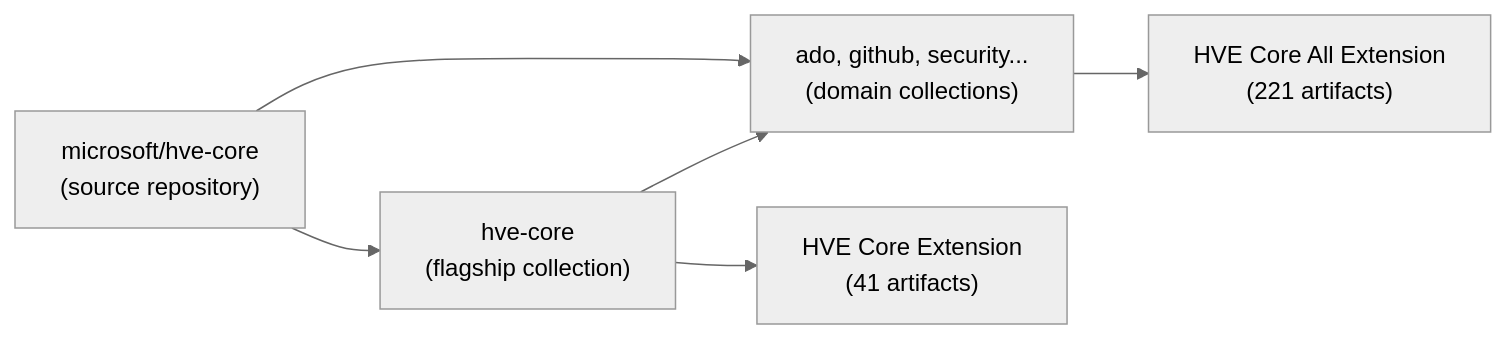
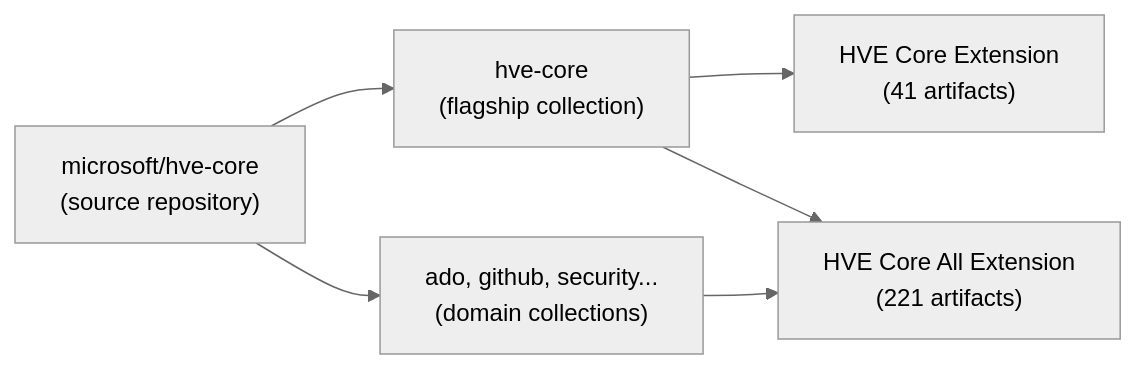
Before and after one commit to microsoft/hve-core: the diagram in docs/getting-started/install.md, drawn with Mermaid (neutral theme). The commit also changed other lines of this file, not shown here.

Commit message:
docs: clarify installation guidance for HVE Core extensions
- specify CLI plugin installation command
- differentiate between flagship and all collections for user clarity

🔍 - Generated by Copilot

````diff
--- a/docs/getting-started/install.md
+++ b/docs/getting-started/install.md
@@ -77,9 +78,9 @@
 ```mermaid
 graph LR
     REPO["microsoft/hve-core<br/>(source repository)"]
     REPO --> C1["hve-core<br/>(flagship collection)"]
     REPO --> C2["ado, github, security...<br/>(domain collections)"]
     C1 --> EXT1["HVE Core Extension<br/>(41 artifacts)"]
-    C1 --> C2
-    C2 --> EXT2["HVE Core All Extension<br/>(221 artifacts)"]
+    C1 --> EXT2["HVE Core All Extension<br/>(221 artifacts)"]
+    C2 --> EXT2
 ```
````
